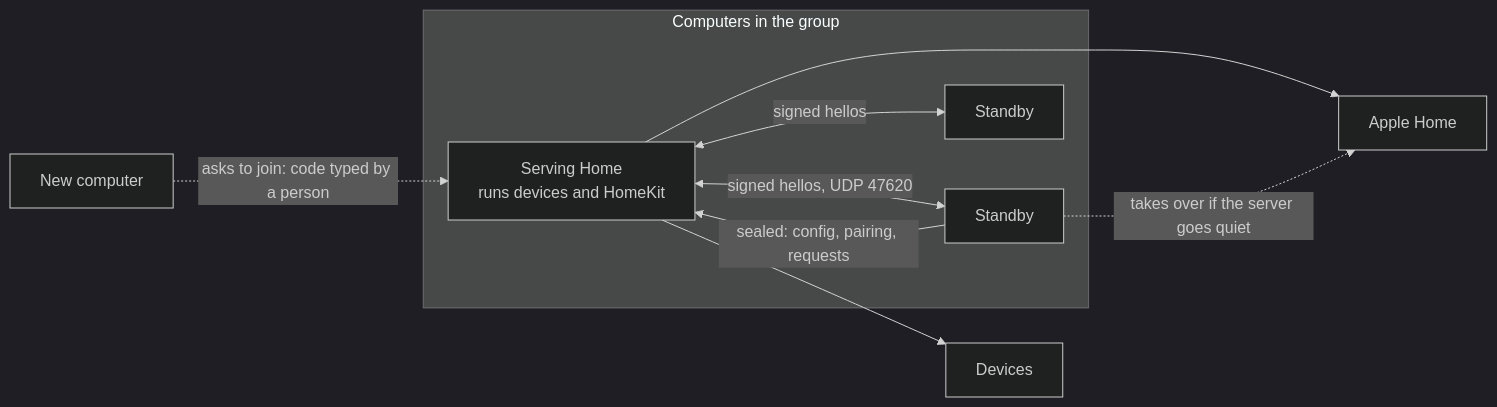
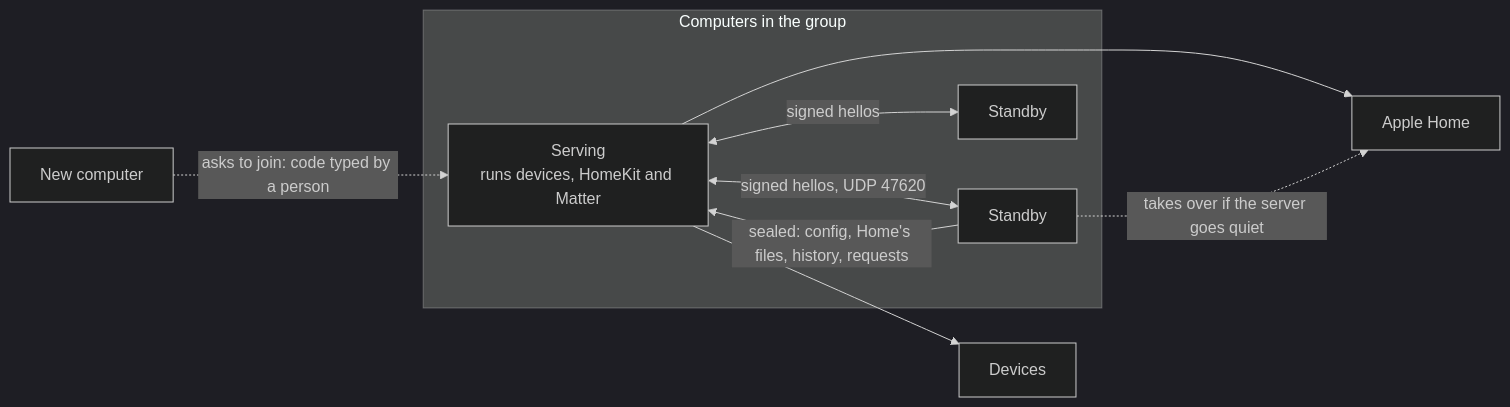
Before and after one commit to WeixuanZ/hearth: the third of 5 diagrams in README.md, drawn with Mermaid (dark theme). The commit also changed other lines of this file and 31 other files, not shown here.

First line of the commit message:
Review: config written whole, serving restarts when it should, no crash on odd roles; README current (#48)

````diff
--- a/README.md
+++ b/README.md
@@ -286,19 +304,19 @@
 ```mermaid
 flowchart LR
   subgraph group [Computers in the group]
-    serving[Serving Home<br/>runs devices and HomeKit]
+    serving[Serving<br/>runs devices, HomeKit and Matter]
     standby1[Standby]
     standby2[Standby]
   end
   newcomer[New computer]
   home[Apple Home]
   devices[Devices]
 
   serving <-->|signed hellos, UDP 47620| standby1
   serving <-->|signed hellos| standby2
-  standby1 -->|sealed: config, pairing, requests| serving
+  standby1 -->|sealed: config, Home's files, history, requests| serving
   newcomer -.->|asks to join: code typed by a person| serving
   serving --> home
   serving --> devices
   standby1 -. takes over if the server goes quiet .-> home
 ```
````
